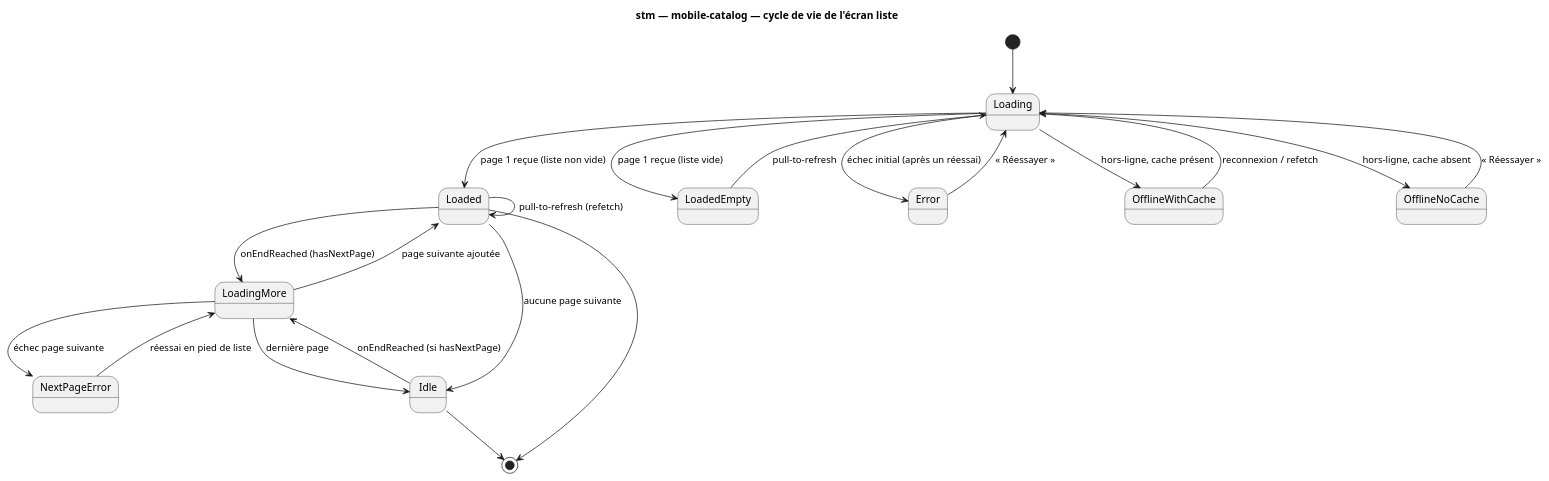
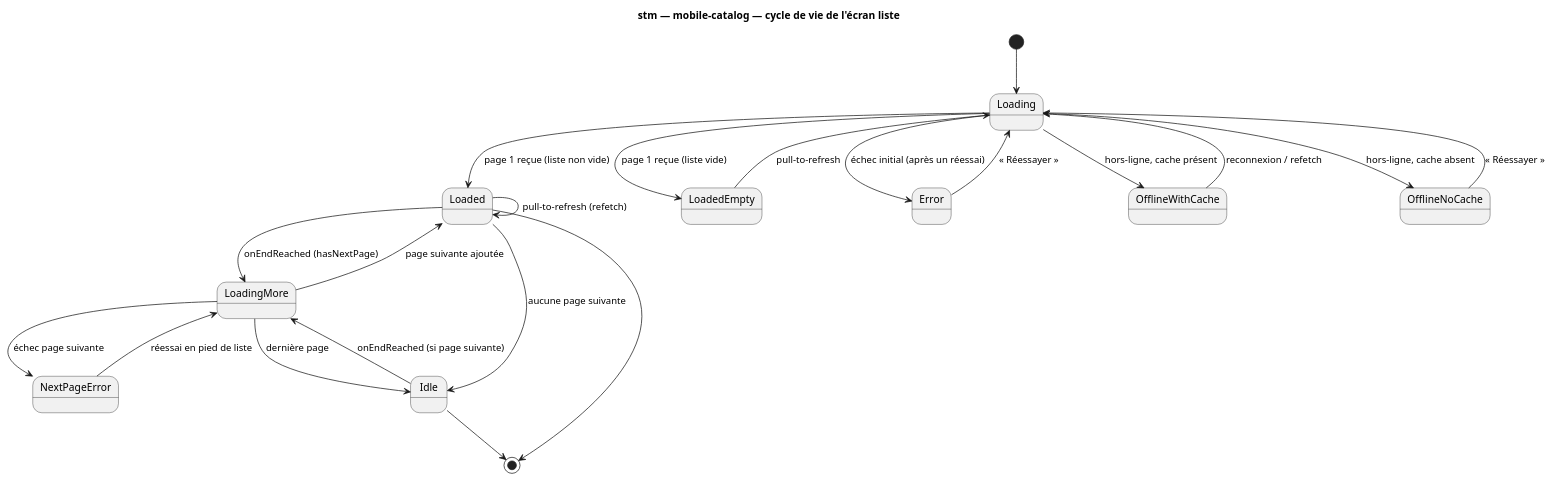
The second of 2 diagrams in docs/architecture/diagrams/mobile-catalog/07-state-list-screen.md (benoit-bremaud/brasse-bouillon), drawn with PlantUML before and after one commit. The commit also changed other lines of this file and 6 other files, not shown here.

````diff
--- a/docs/architecture/diagrams/mobile-catalog/07-state-list-screen.md
+++ b/docs/architecture/diagrams/mobile-catalog/07-state-list-screen.md
@@ -50,31 +50,31 @@
 ```plantuml
 @startuml
 title stm — mobile-catalog — cycle de vie de l'écran liste
 [*] --> Loading
 
 Loading --> Loaded : page 1 reçue (liste non vide)
 Loading --> LoadedEmpty : page 1 reçue (liste vide)
 Loading --> Error : échec initial (après un réessai)
 Loading --> OfflineWithCache : hors-ligne, cache présent
 Loading --> OfflineNoCache : hors-ligne, cache absent
 
 Loaded --> LoadingMore : onEndReached (hasNextPage)
 Loaded --> Loaded : pull-to-refresh (refetch)
 Loaded --> Idle : aucune page suivante
 
 LoadingMore --> Loaded : page suivante ajoutée
 LoadingMore --> NextPageError : échec page suivante
 LoadingMore --> Idle : dernière page
 
 NextPageError --> LoadingMore : réessai en pied de liste
 Error --> Loading : « Réessayer »
 OfflineWithCache --> Loading : reconnexion / refetch
 OfflineNoCache --> Loading : « Réessayer »
 
 LoadedEmpty --> Loading : pull-to-refresh
 
-Idle --> LoadingMore : onEndReached (si hasNextPage)
+Idle --> LoadingMore : onEndReached (si page suivante)
 Loaded --> [*]
 Idle --> [*]
 @enduml
 ```
````
